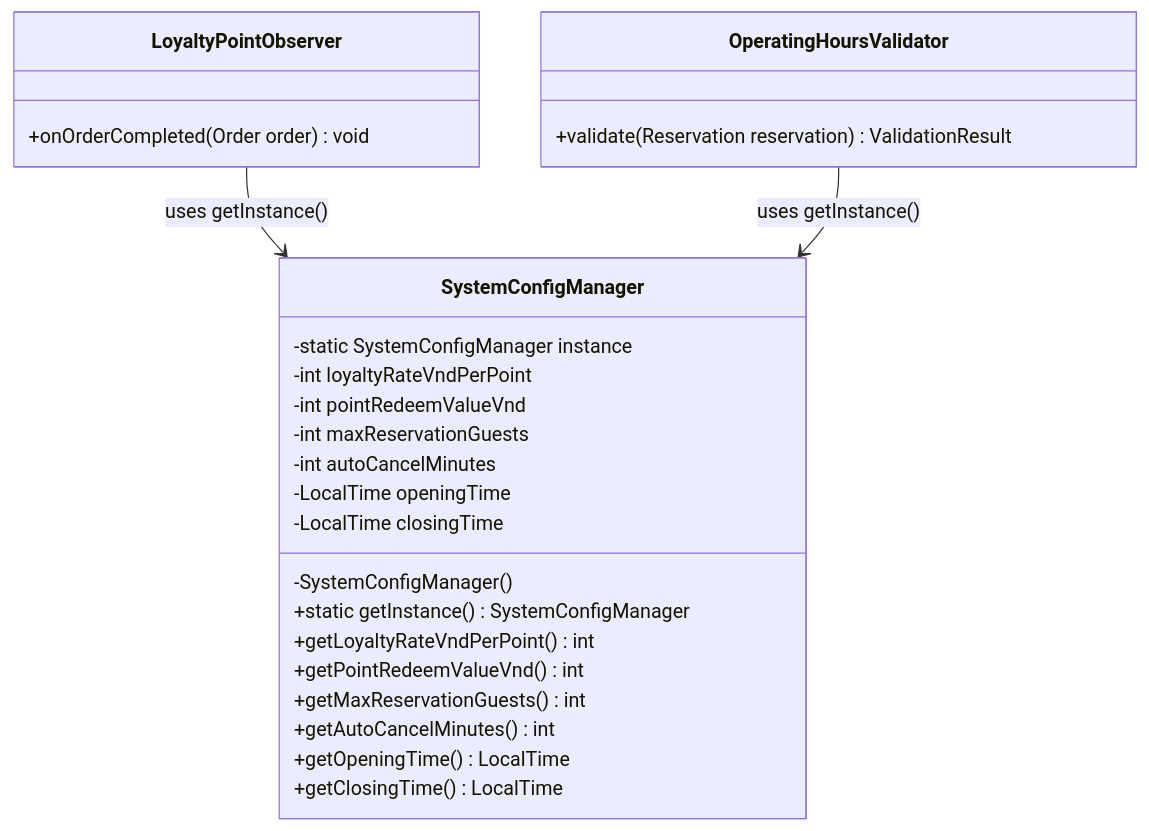
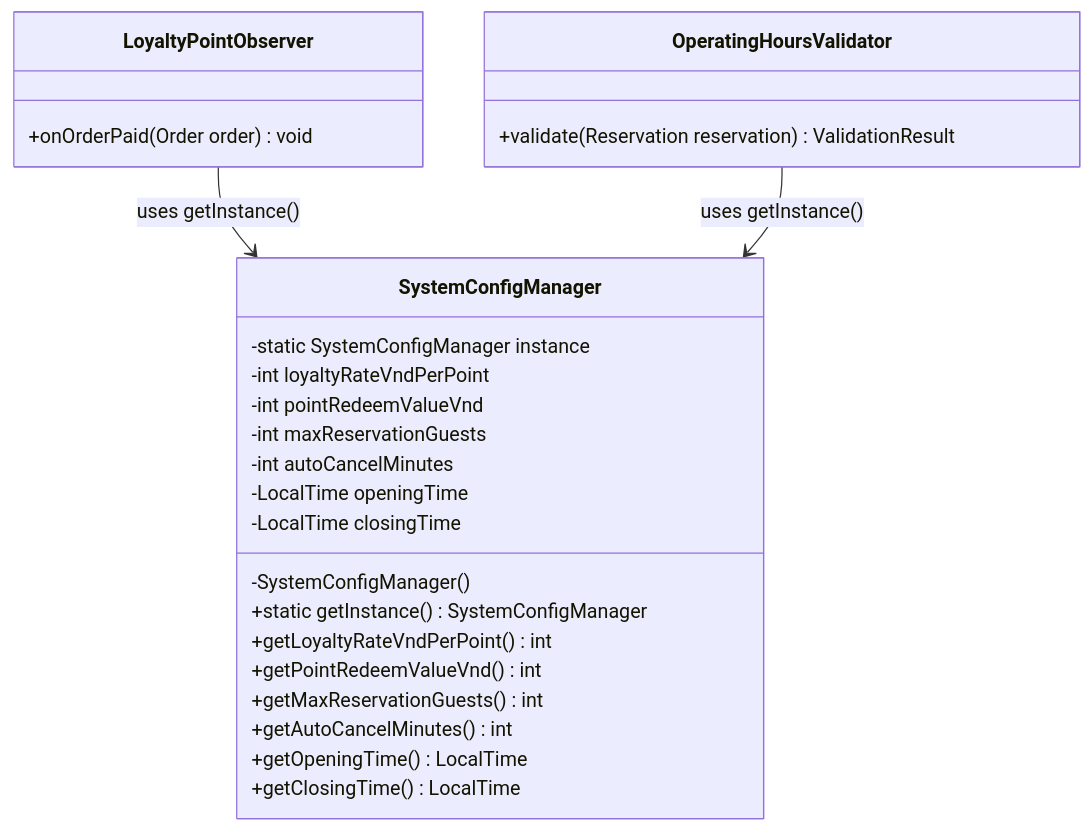
Before and after one commit to HubertPhung/WebQuanLyQuanCafe-DesignPatterns: the first of 9 diagrams in docs/DESIGN_PATTERNS_SPEC.md, drawn with Mermaid. The commit also changed other lines of this file and 6 other files, not shown here.

````diff
--- a/docs/DESIGN_PATTERNS_SPEC.md
+++ b/docs/DESIGN_PATTERNS_SPEC.md
@@ -174,31 +174,31 @@
 ```mermaid
 classDiagram
     class SystemConfigManager {
         -static SystemConfigManager instance
         -int loyaltyRateVndPerPoint
         -int pointRedeemValueVnd
         -int maxReservationGuests
         -int autoCancelMinutes
         -LocalTime openingTime
         -LocalTime closingTime
         -SystemConfigManager()
         +static getInstance() SystemConfigManager
         +getLoyaltyRateVndPerPoint() int
         +getPointRedeemValueVnd() int
         +getMaxReservationGuests() int
         +getAutoCancelMinutes() int
         +getOpeningTime() LocalTime
         +getClosingTime() LocalTime
     }
 
     class LoyaltyPointObserver {
-        +onOrderCompleted(Order order) void
+        +onOrderPaid(Order order) void
     }
 
     class OperatingHoursValidator {
         +validate(Reservation reservation) ValidationResult
     }
 
     LoyaltyPointObserver --> SystemConfigManager : uses getInstance()
     OperatingHoursValidator --> SystemConfigManager : uses getInstance()
 ```
````
